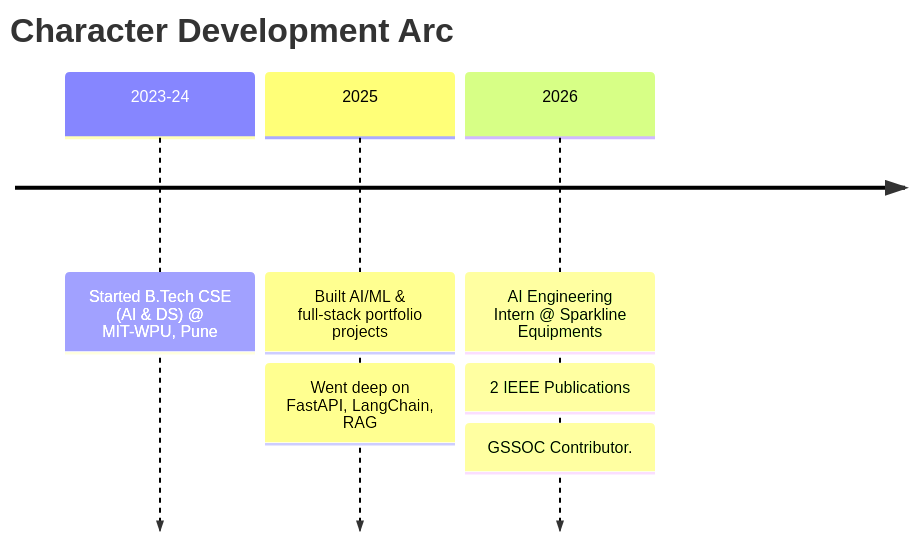
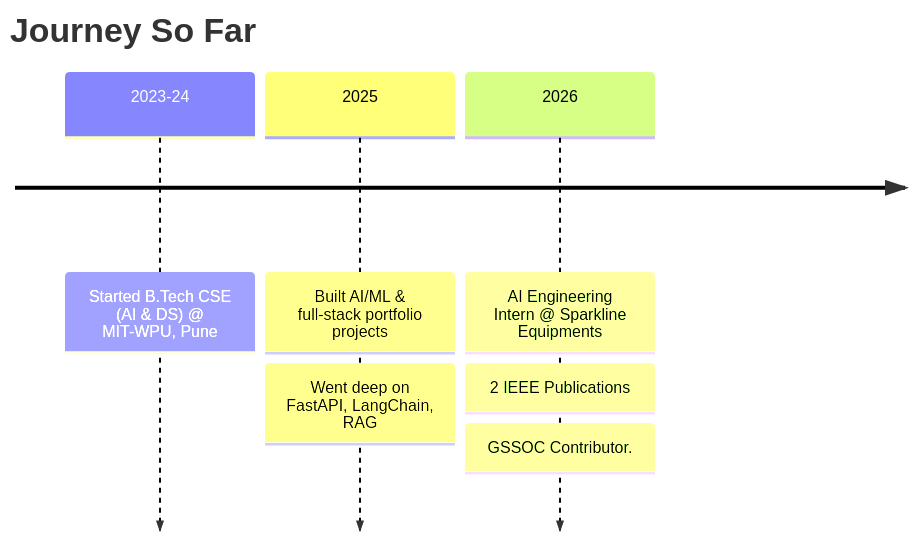
One commit to sidharth-vijayan/sidharth-vijayan changed the diagram in README.md. Above: the diagram before and after it, drawn with Mermaid. The commit also changed other lines of this file, not shown here.

````diff
--- a/README.md
+++ b/README.md
@@ -32,7 +31,7 @@
 ```mermaid
 timeline
-    title Character Development Arc
+    title Journey So Far
     2023-24 : Started B.Tech CSE (AI & DS) @ MIT-WPU, Pune
     2025 : Built AI/ML & full-stack portfolio projects : Went deep on FastAPI, LangChain, RAG
     2026 : AI Engineering Intern @ Sparkline Equipments : 2 IEEE Publications : GSSOC Contributor.
 ```
````
